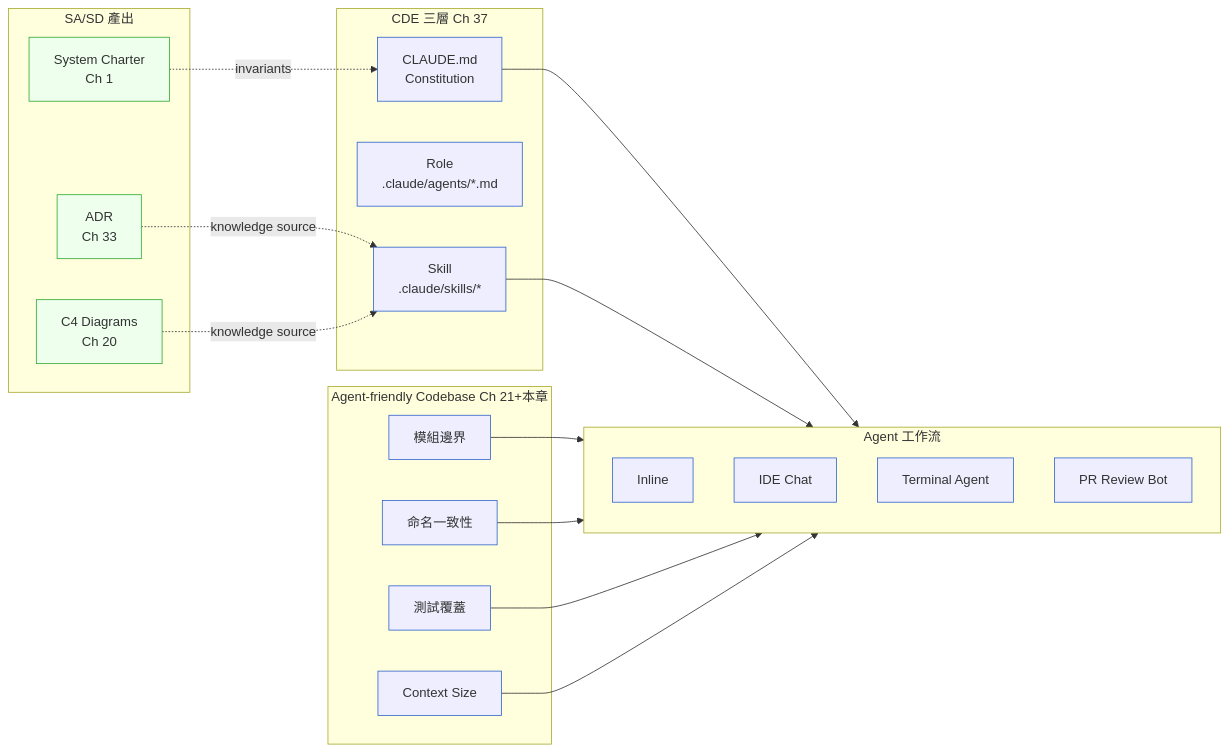
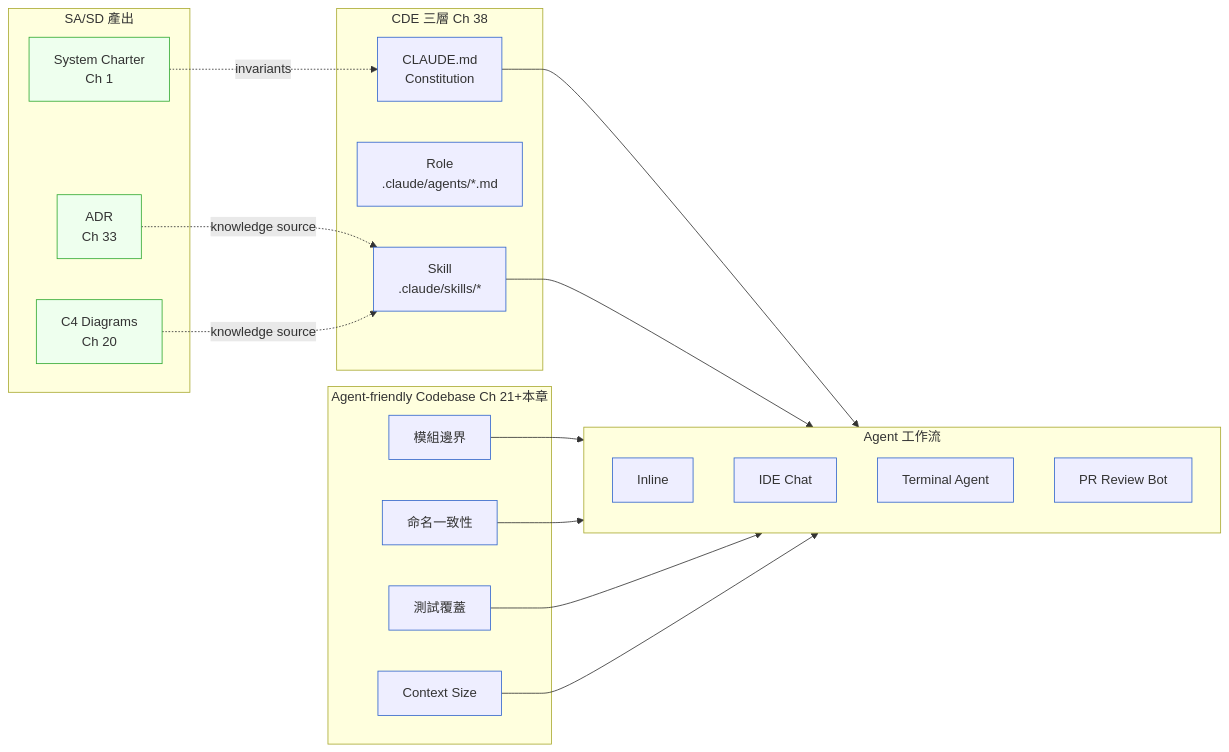
Before and after one commit to EddyKuo/sa-sd-playbook: the fourth of 4 diagrams in book/part-07-ai-era/ch-44-coding-agent.md, drawn with Mermaid. The commit also changed other lines of this file and 26 other files, not shown here.

````diff
--- a/book/part-07-ai-era/ch-44-coding-agent.md
+++ b/book/part-07-ai-era/ch-44-coding-agent.md
@@ -235,45 +235,45 @@
 ```mermaid
 flowchart LR
     subgraph SD[SA/SD 產出]
         Charter[System Charter<br/>Ch 1]
         ADR[ADR<br/>Ch 33]
         C4[C4 Diagrams<br/>Ch 20]
     end
 
-    subgraph CDE[CDE 三層 Ch 37]
+    subgraph CDE[CDE 三層 Ch 38]
         Const[CLAUDE.md<br/>Constitution]
         Role[Role<br/>.claude/agents/*.md]
         Skill[Skill<br/>.claude/skills/*]
     end
 
     subgraph CB[Agent-friendly Codebase Ch 21+本章]
         Mod[模組邊界]
         Naming[命名一致性]
         Test[測試覆蓋]
         Ctx[Context Size]
     end
 
     subgraph AG[Agent 工作流]
         Inline[Inline]
         IDE[IDE Chat]
         Term[Terminal Agent]
         Bot[PR Review Bot]
     end
 
     Charter -.invariants.-> Const
     ADR -.knowledge source.-> Skill
     C4 -.knowledge source.-> Skill
     Const --> AG
     Skill --> AG
     Mod --> AG
     Naming --> AG
     Test --> AG
     Ctx --> AG
 
     classDef hot fill:#fee,stroke:#c33
     classDef cold fill:#eef,stroke:#36c
     classDef goal fill:#efe,stroke:#3a3
     class Charter,ADR,C4 goal
     class Const,Role,Skill,Mod,Naming,Test,Ctx cold
     class Inline,IDE,Term,Bot cold
 ```
````
